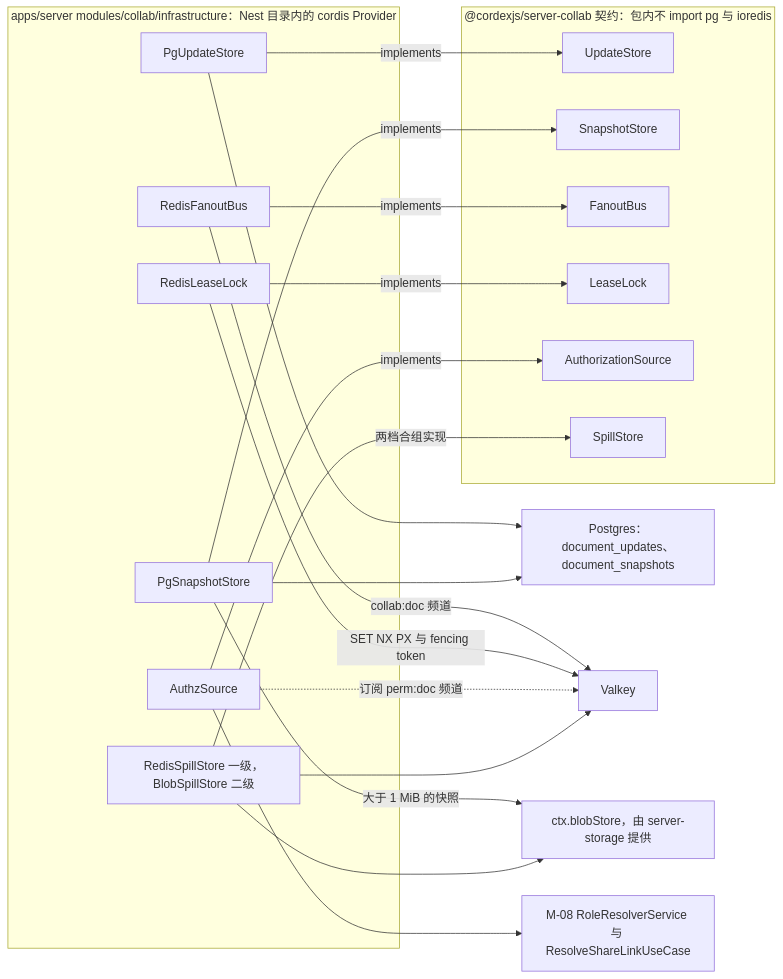
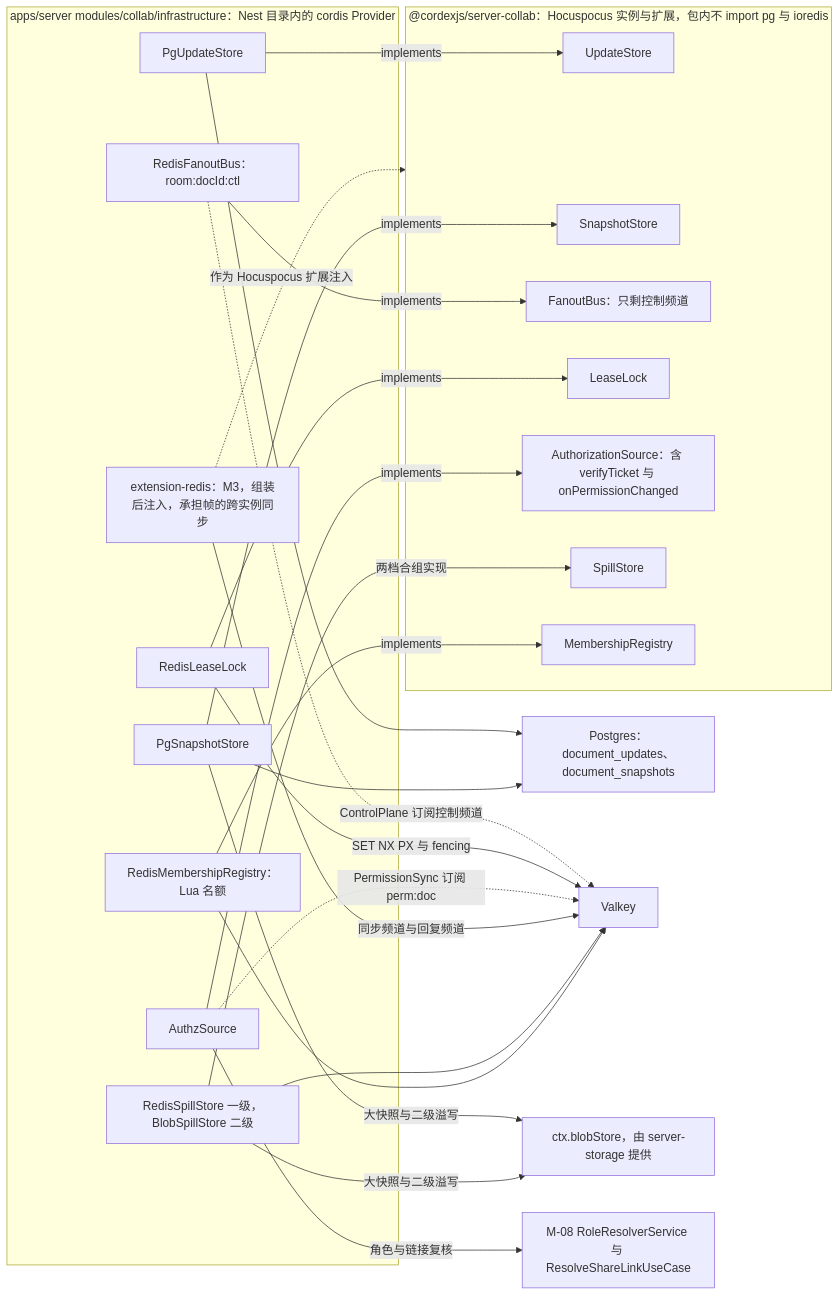
The third of 46 diagrams in docs/40-modules/19-atlas-backend-and-data.md (Xeonice/cordis-ppt-editor), drawn with Mermaid before and after one commit. The commit also changed other lines of this file and 78 other files, not shown here.

````diff
--- a/docs/40-modules/19-atlas-backend-and-data.md
+++ b/docs/40-modules/19-atlas-backend-and-data.md
@@ -124,38 +126,42 @@
 ```mermaid
 flowchart LR
-  subgraph pkg["@cordexjs/server-collab 契约：包内不 import pg 与 ioredis"]
+  subgraph pkg["@cordexjs/server-collab：Hocuspocus 实例与扩展，包内不 import pg 与 ioredis"]
     dUpd["UpdateStore"]
     dSnap["SnapshotStore"]
-    dFan["FanoutBus"]
+    dFan["FanoutBus：只剩控制频道"]
     dLock["LeaseLock"]
-    dAuthz["AuthorizationSource"]
+    dAuthz["AuthorizationSource：含 verifyTicket 与 onPermissionChanged"]
     dSpill["SpillStore"]
+    dMem["MembershipRegistry"]
   end
   subgraph adp["apps/server modules/collab/infrastructure：Nest 目录内的 cordis Provider"]
     aUpd["PgUpdateStore"]
     aSnap["PgSnapshotStore"]
-    aFan["RedisFanoutBus"]
+    aFan["RedisFanoutBus：room:docId:ctl"]
     aLock["RedisLeaseLock"]
     aAuthz["AuthzSource"]
     aSpill["RedisSpillStore 一级，BlobSpillStore 二级"]
+    aMem["RedisMembershipRegistry：Lua 名额"]
+    aRedis["extension-redis：M3，组装后注入，承担帧的跨实例同步"]
   end
   pg["Postgres：document_updates、document_snapshots"]
   vk["Valkey"]
   blob["ctx.blobStore，由 server-storage 提供"]
   rr["M-08 RoleResolverService 与 ResolveShareLinkUseCase"]
   aUpd -- "implements" --> dUpd
   aSnap -- "implements" --> dSnap
   aFan -- "implements" --> dFan
   aLock -- "implements" --> dLock
   aAuthz -- "implements" --> dAuthz
   aSpill -- "两档合组实现" --> dSpill
-  aUpd --> pg
-  aSnap --> pg
-  aSnap -- "大于 1 MiB 的快照" --> blob
-  aFan -- "collab:doc 频道" --> vk
-  aLock -- "SET NX PX 与 fencing token" --> vk
-  aAuthz --> rr
-  aAuthz -. "订阅 perm:doc 频道" .-> vk
-  aSpill --> vk
-  aSpill --> blob
+  aMem -- "implements" --> dMem
+  aRedis -. "作为 Hocuspocus 扩展注入" .-> pkg
+  aUpd & aSnap --> pg
+  aSnap & aSpill -- "大快照与二级溢写" --> blob
+  aFan -. "ControlPlane 订阅控制频道" .-> vk
+  aLock -- "SET NX PX 与 fencing" --> vk
+  aAuthz -- "角色与链接复核" --> rr
+  aAuthz -. "PermissionSync 订阅 perm:doc" .-> vk
+  aRedis -- "同步频道与回复频道" --> vk
+  aSpill & aMem --> vk
 ```
````
